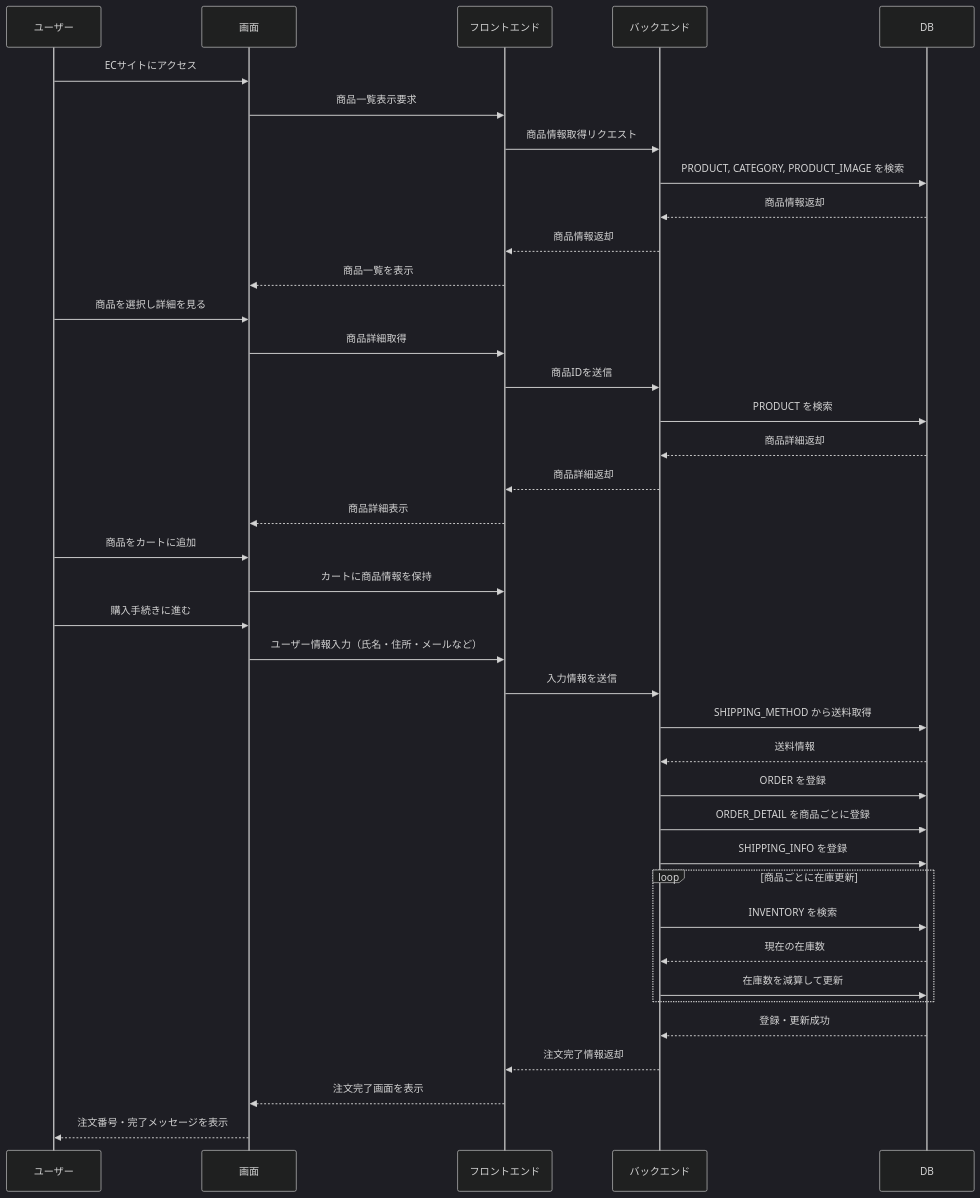
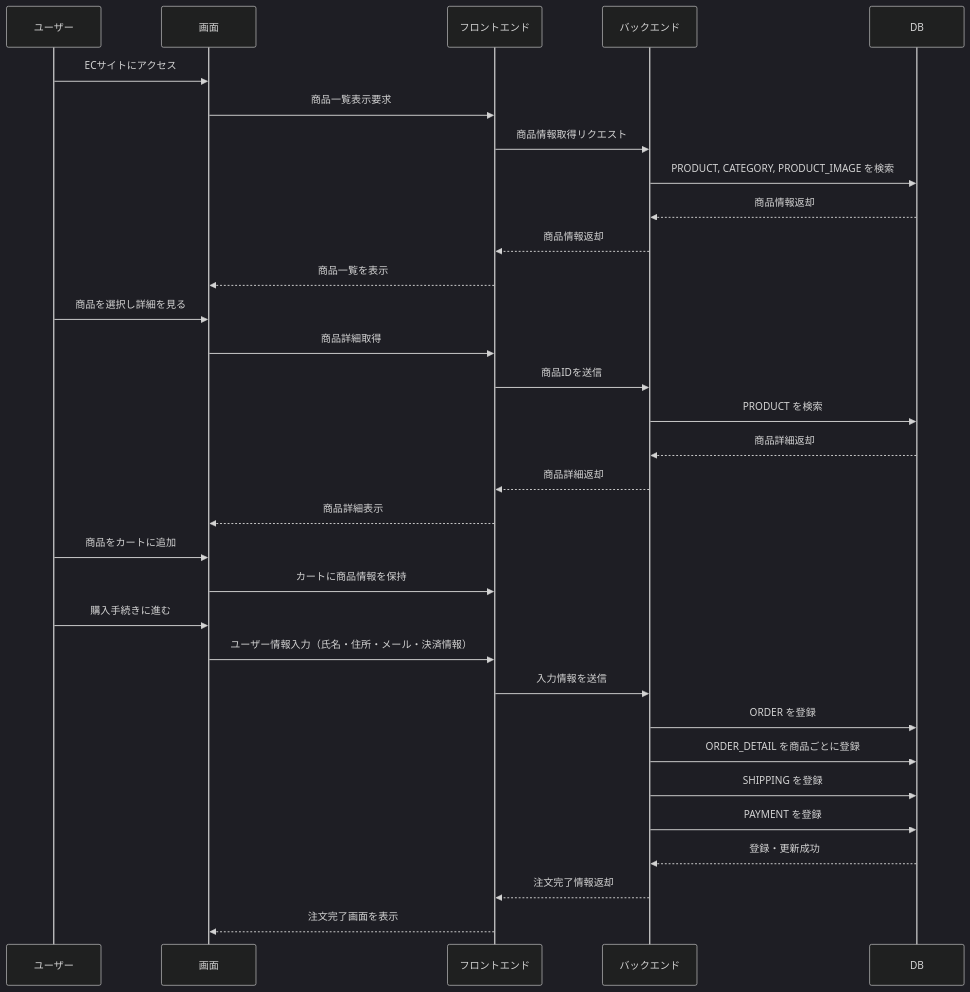
The second of 5 diagrams in 基本設計/D.md (YUKlT0/Equipe), drawn with Mermaid (dark theme) before and after one commit. The commit also changed other lines of this file, not shown here.

```diff
--- a/基本設計/D.md
+++ b/基本設計/D.md
@@ -169,49 +170,40 @@
 <div class="mermaid">
 sequenceDiagram
     participant ユーザー
     participant 画面
     participant フロントエンド
     participant バックエンド
     participant DB
 
     ユーザー->>画面: ECサイトにアクセス
     画面->>フロントエンド: 商品一覧表示要求
     フロントエンド->>バックエンド: 商品情報取得リクエスト
     バックエンド->>DB: PRODUCT, CATEGORY, PRODUCT_IMAGE を検索
     DB-->>バックエンド: 商品情報返却
     バックエンド-->>フロントエンド: 商品情報返却
     フロントエンド-->>画面: 商品一覧を表示
 
     ユーザー->>画面: 商品を選択し詳細を見る
     画面->>フロントエンド: 商品詳細取得
     フロントエンド->>バックエンド: 商品IDを送信
     バックエンド->>DB: PRODUCT を検索
     DB-->>バックエンド: 商品詳細返却
     バックエンド-->>フロントエンド: 商品詳細返却
     フロントエンド-->>画面: 商品詳細表示
 
     ユーザー->>画面: 商品をカートに追加
     画面->>フロントエンド: カートに商品情報を保持
 
     ユーザー->>画面: 購入手続きに進む
-    画面->>フロントエンド: ユーザー情報入力（氏名・住所・メールなど）
+    画面->>フロントエンド: ユーザー情報入力（氏名・住所・メール・決済情報）
     フロントエンド->>バックエンド: 入力情報を送信
-
-    バックエンド->>DB: SHIPPING_METHOD から送料取得
-    DB-->>バックエンド: 送料情報
 
     バックエンド->>DB: ORDER を登録
     バックエンド->>DB: ORDER_DETAIL を商品ごとに登録
-    バックエンド->>DB: SHIPPING_INFO を登録
-
-    loop 商品ごとに在庫更新
-        バックエンド->>DB: INVENTORY を検索
-        DB-->>バックエンド: 現在の在庫数
-        バックエンド->>DB: 在庫数を減算して更新
-    end
+    バックエンド->>DB: SHIPPING を登録
+    バックエンド->>DB: PAYMENT を登録
 
     DB-->>バックエンド: 登録・更新成功
     バックエンド-->>フロントエンド: 注文完了情報返却
     フロントエンド-->>画面: 注文完了画面を表示
-    画面-->>ユーザー: 注文番号・完了メッセージを表示
 </div>
```
